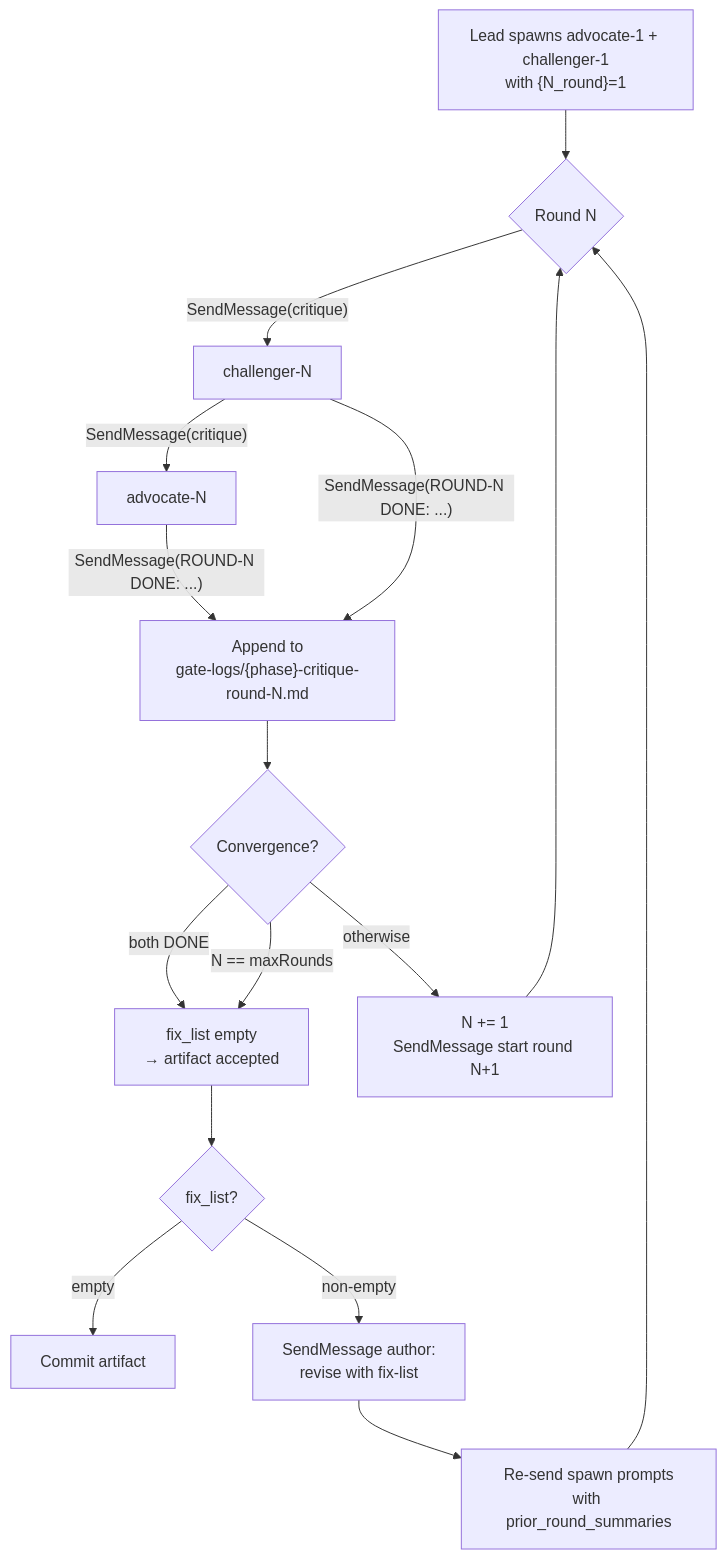
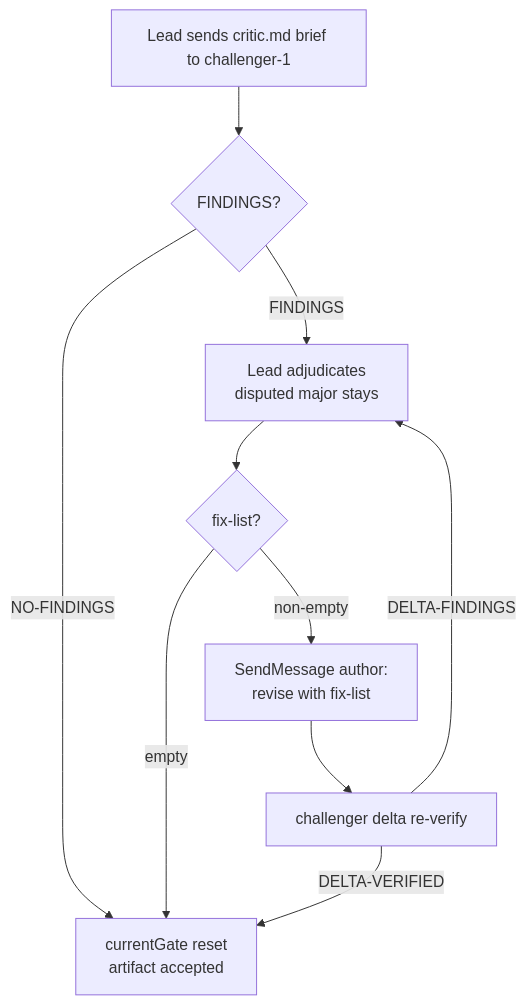
Before and after one commit to aztechead/loop-spec: the third of 5 diagrams in docs/loop-spec/architecture.md, drawn with Mermaid. The commit also changed other lines of this file and 40 other files, not shown here.

First line of the commit message:
feat: shorten SPEC/PLAN; drop advocate, keep challenger (#78)

````diff
--- a/docs/loop-spec/architecture.md
+++ b/docs/loop-spec/architecture.md
@@ -73,18 +73,12 @@
 ```mermaid
 flowchart TD
-    spawn[Lead spawns advocate-1 + challenger-1<br/>with &lcub;N_round&rcub;=1] --> round{Round N}
-    round -->|"SendMessage(critique)"| ch[challenger-N]
-    ch -->|"SendMessage(critique)"| ad[advocate-N]
-    ad -->|"SendMessage(ROUND-N DONE: ...)"| log[Append to<br/>gate-logs/&lcub;phase&rcub;-critique-round-N.md]
-    ch -->|"SendMessage(ROUND-N DONE: ...)"| log
-    log --> conv{Convergence?}
-    conv -->|"both DONE"| pass[fix_list empty<br/>→ artifact accepted]
-    conv -->|"N == maxRounds"| pass
-    conv -->|"otherwise"| nextround[N += 1<br/>SendMessage start round N+1]
-    nextround --> round
-    pass --> revise{fix_list?}
-    revise -->|"empty"| commit[Commit artifact]
-    revise -->|"non-empty"| author[SendMessage author:<br/>revise with fix-list]
-    author --> restart[Re-send spawn prompts<br/>with prior_round_summaries]
-    restart --> round
+    spawn[Lead sends critic.md brief to challenger-1] --> findings{FINDINGS?}
+    findings -->|"NO-FINDINGS"| pass[currentGate reset<br/>artifact accepted]
+    findings -->|"FINDINGS"| adj[Lead adjudicates<br/>disputed major stays]
+    adj --> fix{fix-list?}
+    fix -->|"empty"| pass
+    fix -->|"non-empty"| author[SendMessage author:<br/>revise with fix-list]
+    author --> delta[challenger delta re-verify]
+    delta -->|"DELTA-VERIFIED"| pass
+    delta -->|"DELTA-FINDINGS"| adj
 ```
````
